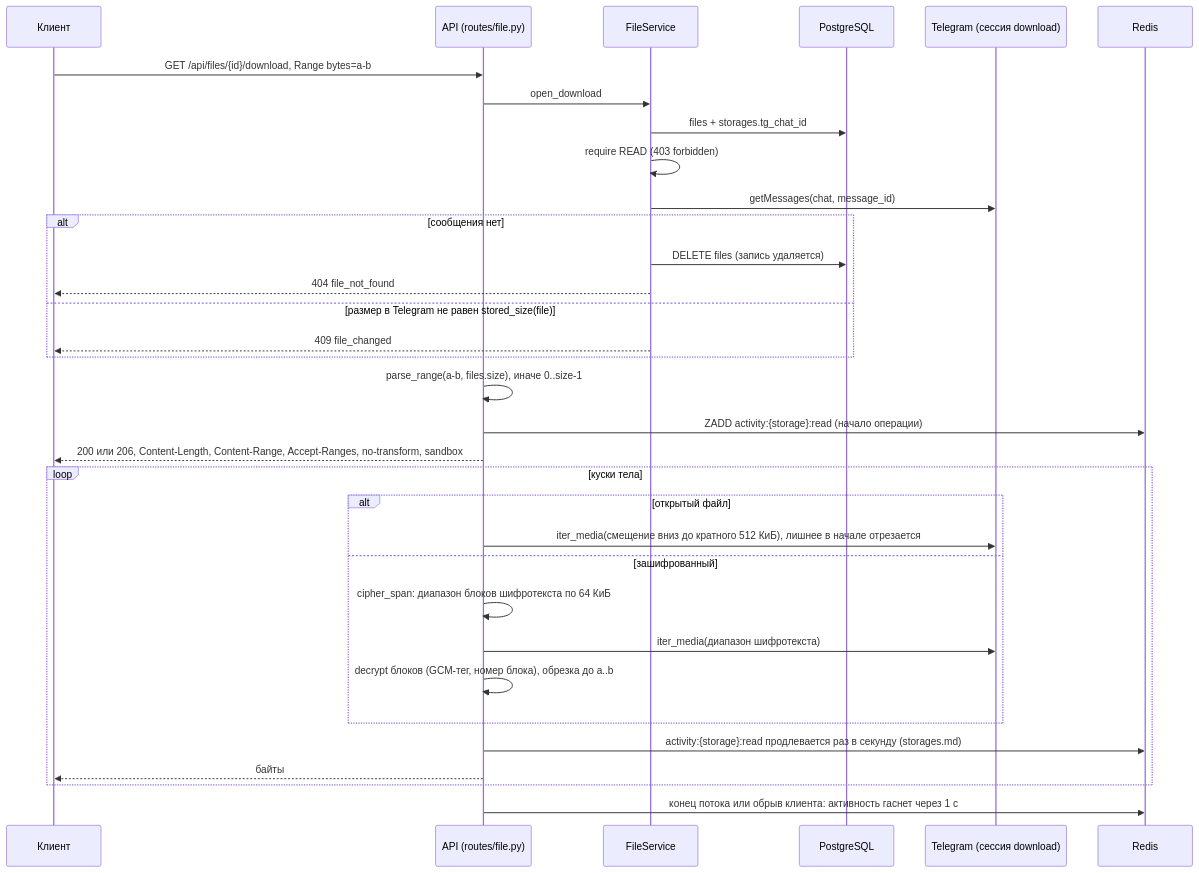
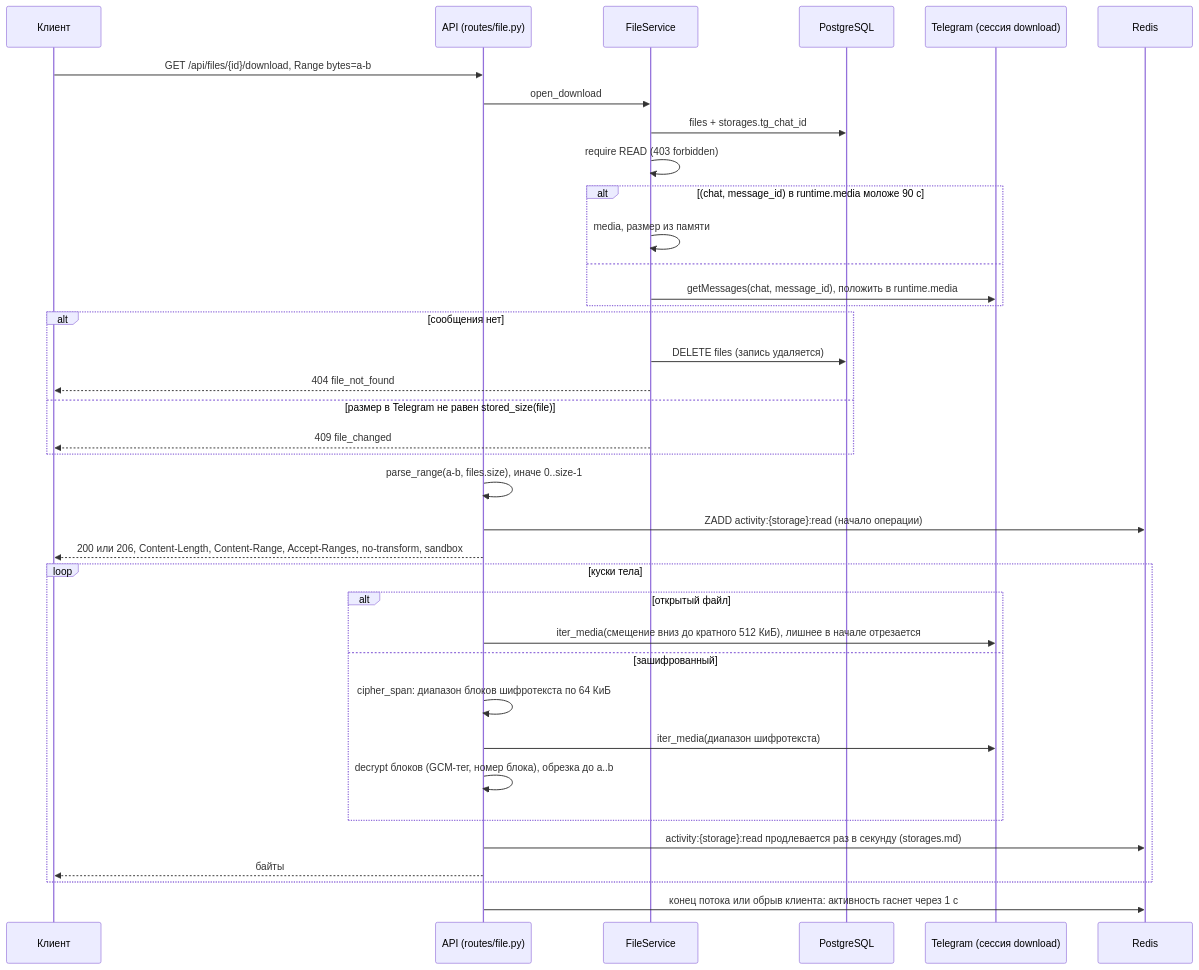
Before and after one commit to NikitkaZXC/tcloud-backend: the third of 3 diagrams in docs/flows/folders-and-files.md, drawn with Mermaid. The commit also changed other lines of this file and 16 other files, not shown here.

Commit message:
perf: Telegram message media cached in API memory for 90 s, dropped on delete and edit events

````diff
--- a/docs/flows/folders-and-files.md
+++ b/docs/flows/folders-and-files.md
@@ -279,35 +288,39 @@
 ```mermaid
 sequenceDiagram
     participant C as Клиент
     participant A as API (routes/file.py)
     participant F as FileService
     participant DB as PostgreSQL
     participant TG as Telegram (сессия download)
     participant R as Redis
     C->>A: GET /api/files/{id}/download, Range bytes=a-b
     A->>F: open_download
     F->>DB: files + storages.tg_chat_id
     F->>F: require READ (403 forbidden)
-    F->>TG: getMessages(chat, message_id)
+    alt (chat, message_id) в runtime.media моложе 90 с
+        F->>F: media, размер из памяти
+    else
+        F->>TG: getMessages(chat, message_id), положить в runtime.media
+    end
     alt сообщения нет
         F->>DB: DELETE files (запись удаляется)
         F-->>C: 404 file_not_found
     else размер в Telegram не равен stored_size(file)
         F-->>C: 409 file_changed
     end
     A->>A: parse_range(a-b, files.size), иначе 0..size-1
     A->>R: ZADD activity:{storage}:read (начало операции)
     A-->>C: 200 или 206, Content-Length, Content-Range, Accept-Ranges, no-transform, sandbox
     loop куски тела
         alt открытый файл
             A->>TG: iter_media(смещение вниз до кратного 512 КиБ), лишнее в начале отрезается
         else зашифрованный
             A->>A: cipher_span: диапазон блоков шифротекста по 64 КиБ
             A->>TG: iter_media(диапазон шифротекста)
             A->>A: decrypt блоков (GCM-тег, номер блока), обрезка до a..b
         end
         A->>R: activity:{storage}:read продлевается раз в секунду (storages.md)
         A-->>C: байты
     end
     A->>R: конец потока или обрыв клиента: активность гаснет через 1 с
 ```
````
